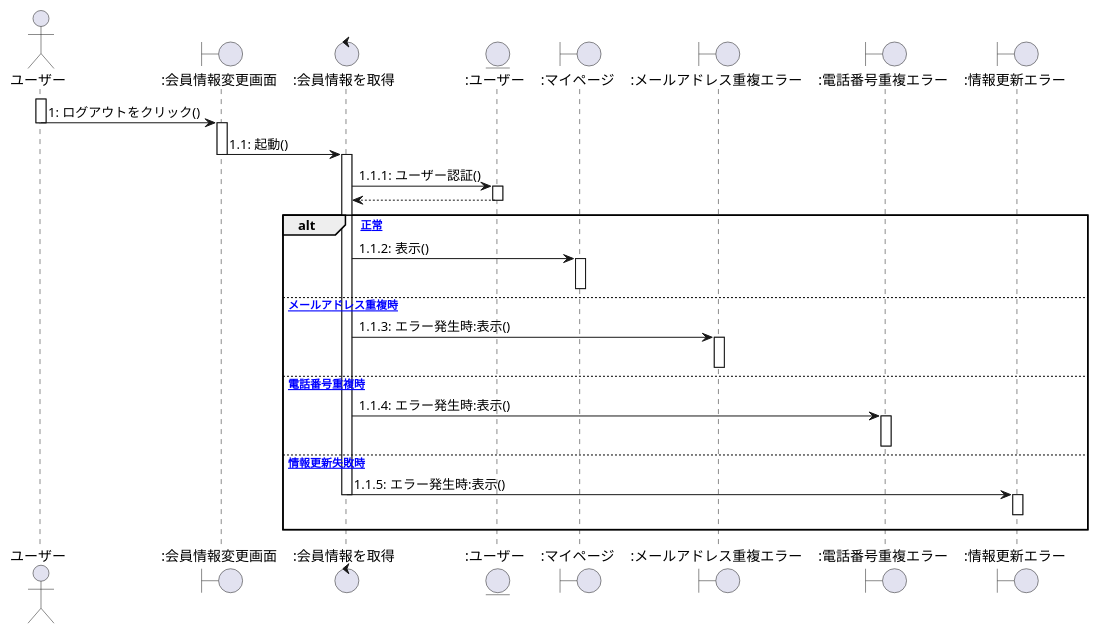
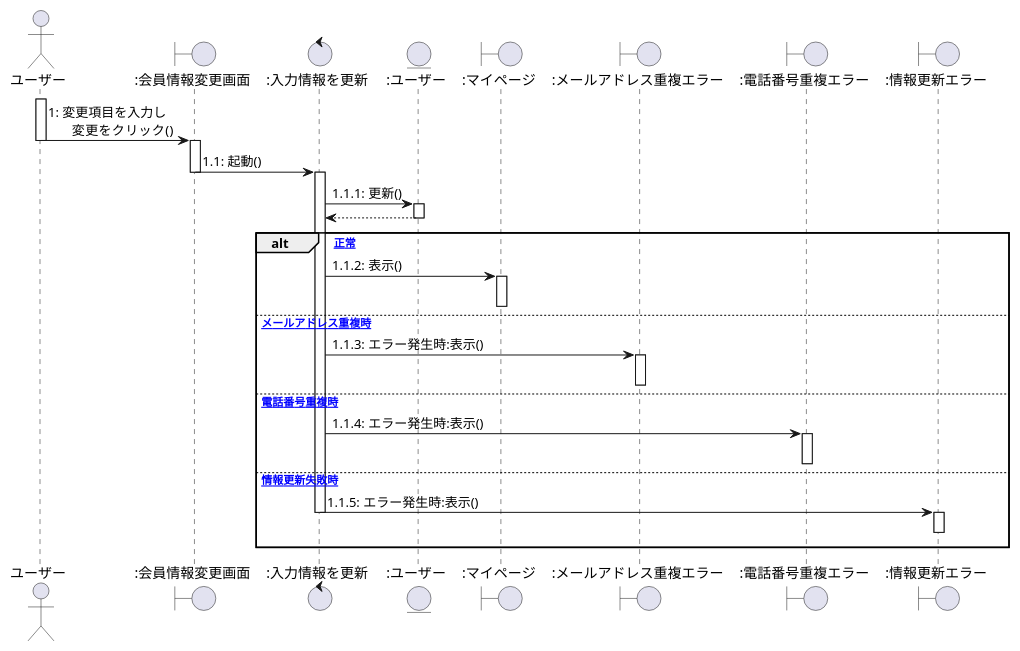
The fourth of 4 diagrams in user1_sequence.plantuml (ksw2270227/GroupF), drawn with PlantUML before and after one commit. The commit also changed other lines of this file and 1 other file, not shown here.

```diff
--- a/user1_sequence.plantuml
+++ b/user1_sequence.plantuml
@@ -112,43 +112,43 @@
 @startuml 登録情報変更シーケンス図
 
 actor ユーザー as 0
 Boundary ":会員情報変更画面" as a
-Control ":会員情報を取得" as b
+Control ":入力情報を更新" as b
 Entity ":ユーザー" as c
 Boundary ":マイページ" as d
 Boundary ":メールアドレス重複エラー" as e
 Boundary ":電話番号重複エラー" as f
 Boundary ":情報更新エラー" as g
 
 activate 0
-    0 -> a :1: ログアウトをクリック()
+    0 -> a :1: 変更項目を入力し\n  　  変更をクリック()
 deactivate 0
 activate a
     a -> b :1.1: 起動()
 deactivate a
 activate b
-    b -> c :1.1.1: ユーザー認証()
+    b -> c :1.1.1: 更新()
 activate c
     b <-- c
 deactivate c
 alt [正常]
     b -> d :1.1.2: 表示()
 activate d
 deactivate d
 else [メールアドレス重複時]
     b -> e :1.1.3: エラー発生時:表示()
 activate e
 deactivate e
 else [電話番号重複時]
     b -> f :1.1.4: エラー発生時:表示()
 activate f
 deactivate f
 else [情報更新失敗時]
     b -> g :1.1.5: エラー発生時:表示()
 deactivate b
 activate g
 g -[hidden]-> g
 deactivate g
 end
 
 @enduml
```
